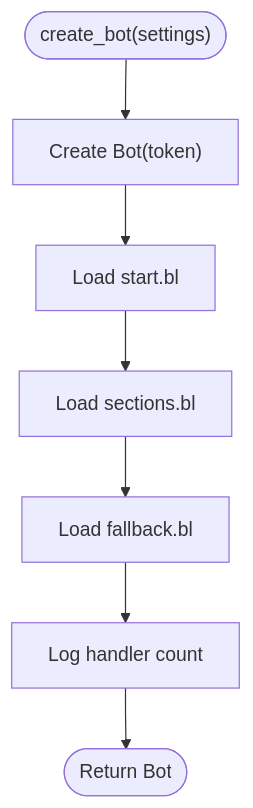
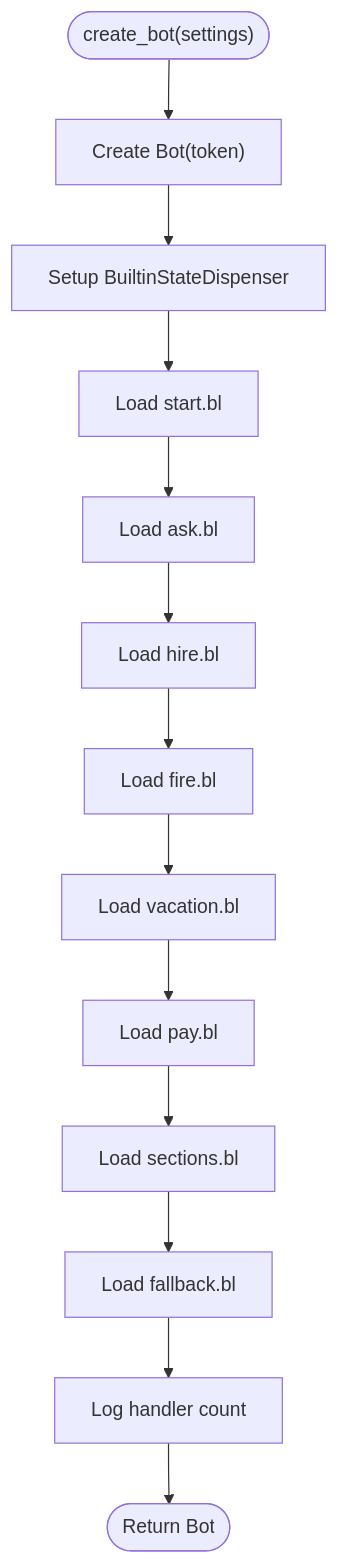
One commit to ognelis/cafetera_hr_bot changed the third of 7 diagrams in .qoder/repowiki/en/content/API Reference/API Reference.md. Above: the diagram before and after it, drawn with Mermaid. The commit also changed other lines of this file and 25 other files, not shown here.

````diff
--- a/.qoder/repowiki/en/content/API Reference/API Reference.md
+++ b/.qoder/repowiki/en/content/API Reference/API Reference.md
@@ -347,9 +491,15 @@
 ```mermaid
 flowchart TD
 Start(["create_bot(settings)"]) --> NewBot["Create Bot(token)"]
-NewBot --> LoadStart["Load start.bl"]
-LoadStart --> LoadSections["Load sections.bl"]
+NewBot --> SetupSD["Setup BuiltinStateDispenser"]
+SetupSD --> LoadStart["Load start.bl"]
+LoadStart --> LoadAsk["Load ask.bl"]
+LoadAsk --> LoadHire["Load hire.bl"]
+LoadHire --> LoadFire["Load fire.bl"]
+LoadFire --> LoadVacation["Load vacation.bl"]
+LoadVacation --> LoadPay["Load pay.bl"]
+LoadPay --> LoadSections["Load sections.bl"]
 LoadSections --> LoadFallback["Load fallback.bl"]
 LoadFallback --> LogInfo["Log handler count"]
 LogInfo --> ReturnBot(["Return Bot"])
 ```
````
